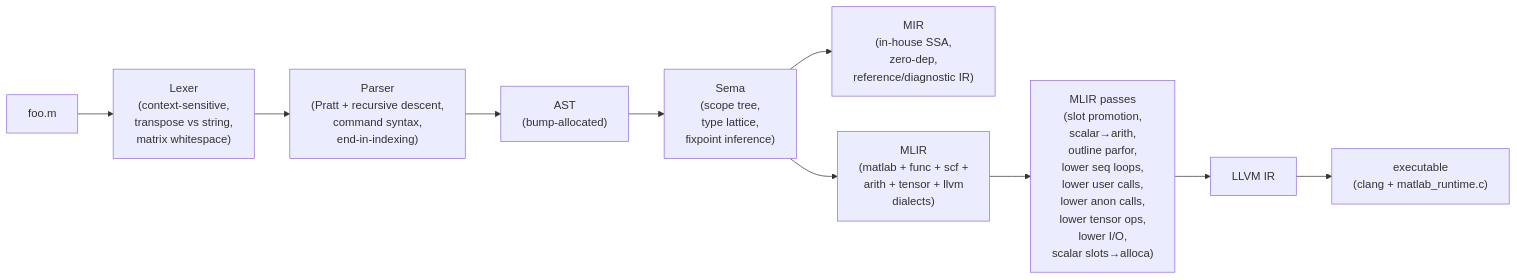
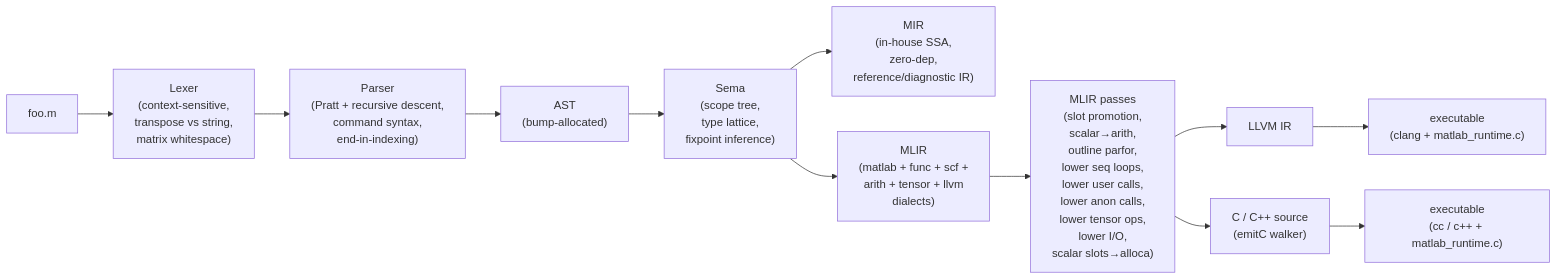
One commit to leonardoaraujosantos/matlab_llvm changed the first of 4 diagrams in README.md. Above: the diagram before and after it, drawn with Mermaid. The commit also changed other lines of this file and 8 other files, not shown here.

````diff
--- a/README.md
+++ b/README.md
@@ -92,12 +92,14 @@
 ```mermaid
 flowchart LR
   src["foo.m"] --> lex["Lexer<br/>(context-sensitive,<br/>transpose vs string,<br/>matrix whitespace)"]
   lex --> parse["Parser<br/>(Pratt + recursive descent,<br/>command syntax,<br/>end-in-indexing)"]
   parse --> ast["AST<br/>(bump-allocated)"]
   ast --> sema["Sema<br/>(scope tree,<br/>type lattice,<br/>fixpoint inference)"]
   sema --> mir["MIR<br/>(in-house SSA,<br/>zero-dep,<br/>reference/diagnostic IR)"]
   sema --> mlir["MLIR<br/>(matlab + func + scf +<br/>arith + tensor + llvm<br/>dialects)"]
   mlir --> passes["MLIR passes<br/>(slot promotion,<br/>scalar→arith,<br/>outline parfor,<br/>lower seq loops,<br/>lower user calls,<br/>lower anon calls,<br/>lower tensor ops,<br/>lower I/O,<br/>scalar slots→alloca)"]
   passes --> llvmir["LLVM IR"]
+  passes --> csrc["C / C++ source<br/>(emitC walker)"]
   llvmir --> exe["executable<br/>(clang + matlab_runtime.c)"]
+  csrc --> exe2["executable<br/>(cc / c++ + matlab_runtime.c)"]
 ```
````
